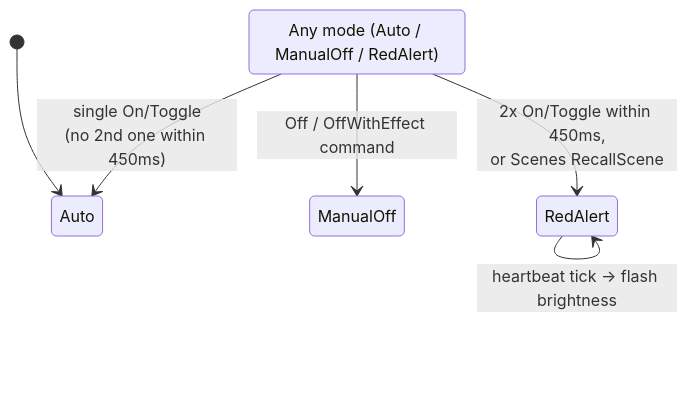
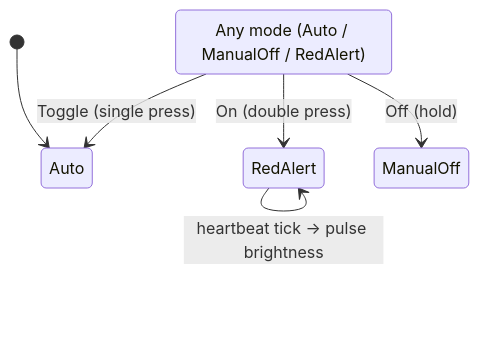
One commit to bjerre/sunsim changed the third of 3 diagrams in DESIGN.md. Above: the diagram before and after it, drawn with Mermaid. The commit also changed other lines of this file and 16 other files, not shown here.

````diff
--- a/DESIGN.md
+++ b/DESIGN.md
@@ -130,9 +129,9 @@
 ```mermaid
 stateDiagram-v2
     state "Any mode (Auto / ManualOff / RedAlert)" as Any
     [*] --> Auto
-    Any --> ManualOff: Off / OffWithEffect command
-    Any --> Auto: single On/Toggle<br/>(no 2nd one within 450ms)
-    Any --> RedAlert: 2x On/Toggle within 450ms,<br/>or Scenes RecallScene
-    RedAlert --> RedAlert: heartbeat tick -> flash brightness
+    Any --> Auto: Toggle (single press)
+    Any --> RedAlert: On (double press)
+    Any --> ManualOff: Off (hold)
+    RedAlert --> RedAlert: heartbeat tick -> pulse brightness
 ```
````
